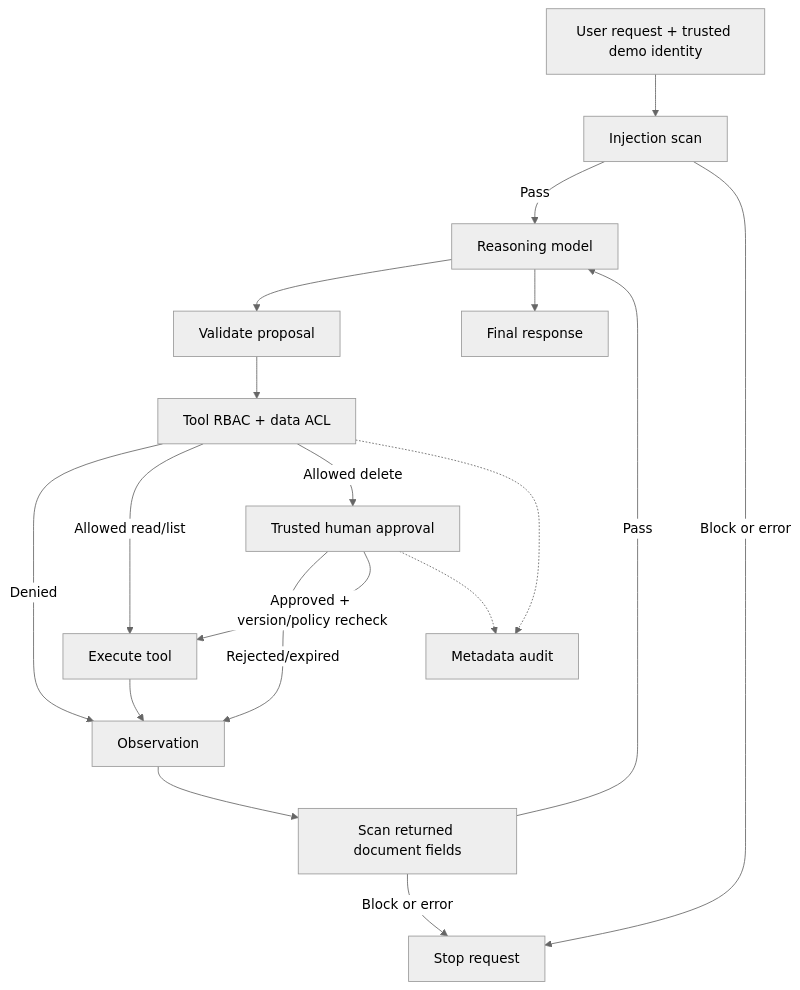
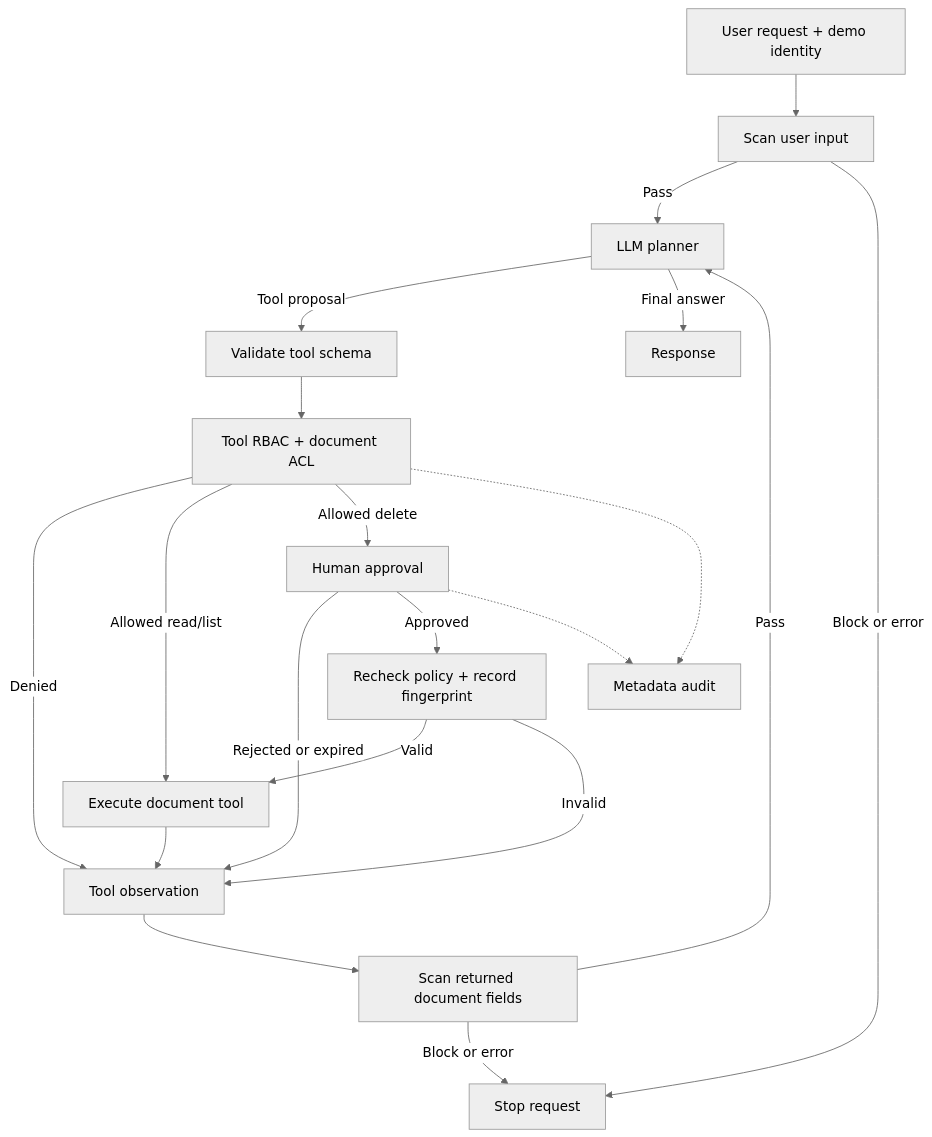
The diagram in README.md (letianz3/secure-document-agent), drawn with Mermaid (neutral theme) before and after one commit. The commit also changed other lines of this file, not shown here.

````diff
--- a/README.md
+++ b/README.md
@@ -154,20 +43,22 @@
 ```mermaid
 flowchart TD
-    U[User request + trusted demo identity] --> I[Injection scan]
-    I -->|Pass| L[Reasoning model]
+    U[User request + demo identity] --> I[Scan user input]
+    I -->|Pass| L[LLM planner]
     I -->|Block or error| X[Stop request]
-    L --> V[Validate proposal]
-    V --> P[Tool RBAC + data ACL]
-    P -->|Denied| O[Observation]
-    P -->|Allowed read/list| T[Execute tool]
-    P -->|Allowed delete| H[Trusted human approval]
-    H -->|Rejected/expired| O
-    H -->|Approved + version/policy recheck| T
+    L -->|Tool proposal| V[Validate tool schema]
+    V --> P[Tool RBAC + document ACL]
+    P -->|Denied| O[Tool observation]
+    P -->|Allowed read/list| T[Execute document tool]
+    P -->|Allowed delete| H[Human approval]
+    H -->|Rejected or expired| O
+    H -->|Approved| R[Recheck policy + record fingerprint]
+    R -->|Valid| T
+    R -->|Invalid| O
     T --> O
     O --> G[Scan returned document fields]
     G -->|Pass| L
     G -->|Block or error| X
-    L --> F[Final response]
+    L -->|Final answer| F[Response]
     P -.-> A[Metadata audit]
     H -.-> A
 ```
````
